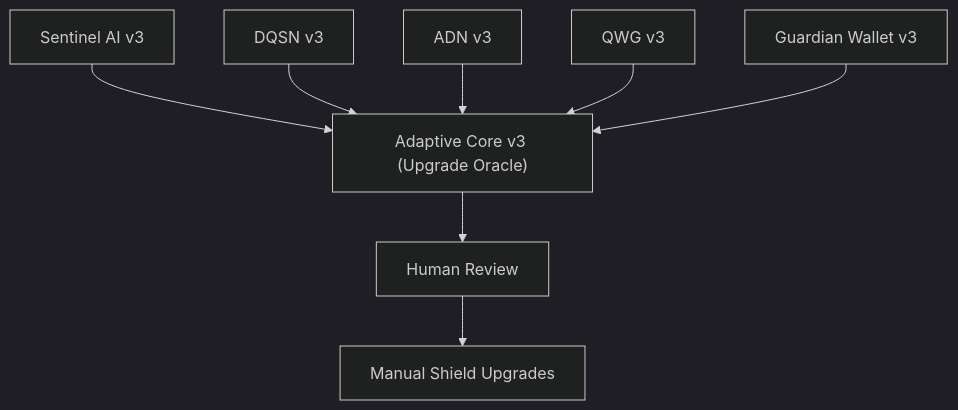
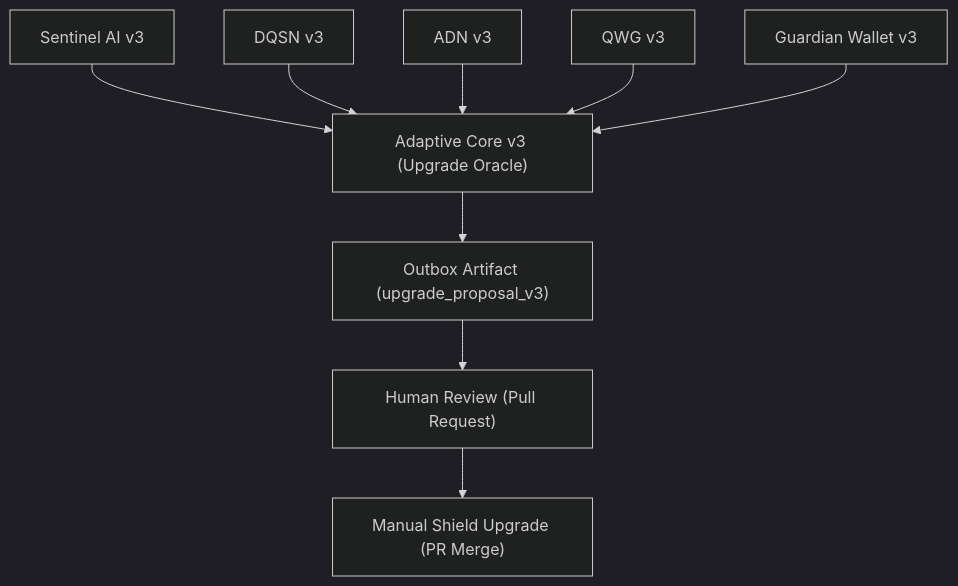
One commit to DarekDGB/DigiByte-Adaptive-Core changed the diagram in README.md. Above: the diagram before and after it, drawn with Mermaid (dark theme). The commit also changed other lines of this file, not shown here.

Commit message:
docs: update README to v3.1.0 (governance flow + human-only apply + outbox diagram)

````diff
--- a/README.md
+++ b/README.md
@@ -33,20 +34,21 @@
 ``` mermaid
 flowchart TB
   Sentinel["Sentinel AI v3"]
   DQSN["DQSN v3"]
   ADN["ADN v3"]
   QWG["QWG v3"]
   GW["Guardian Wallet v3"]
 
   AC["Adaptive Core v3 (Upgrade Oracle)"]
-  HR["Human Review"]
-  Up["Manual Shield Upgrades"]
+  Outbox["Outbox Artifact (upgrade_proposal_v3)"]
+  HR["Human Review (Pull Request)"]
+  Apply["Manual Shield Upgrade (PR Merge)"]
 
   Sentinel --> AC
   DQSN --> AC
   ADN --> AC
   QWG --> AC
   GW --> AC
 
-  AC --> HR --> Up
+  AC --> Outbox --> HR --> Apply
 ```
````
